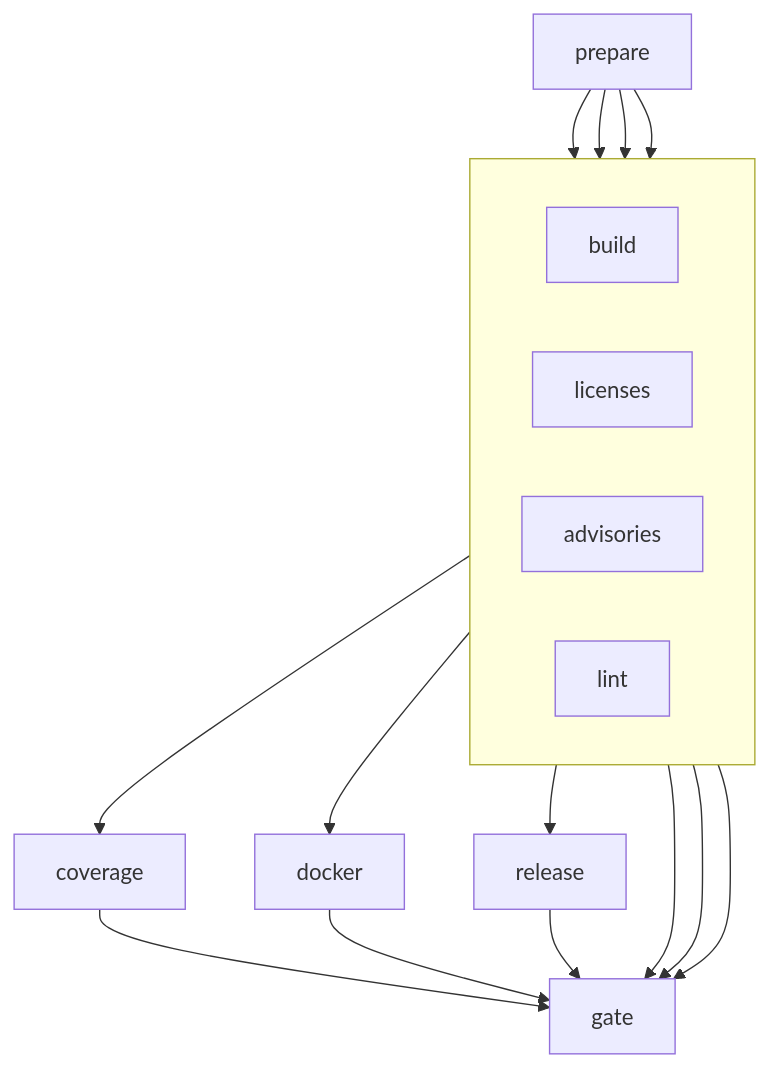
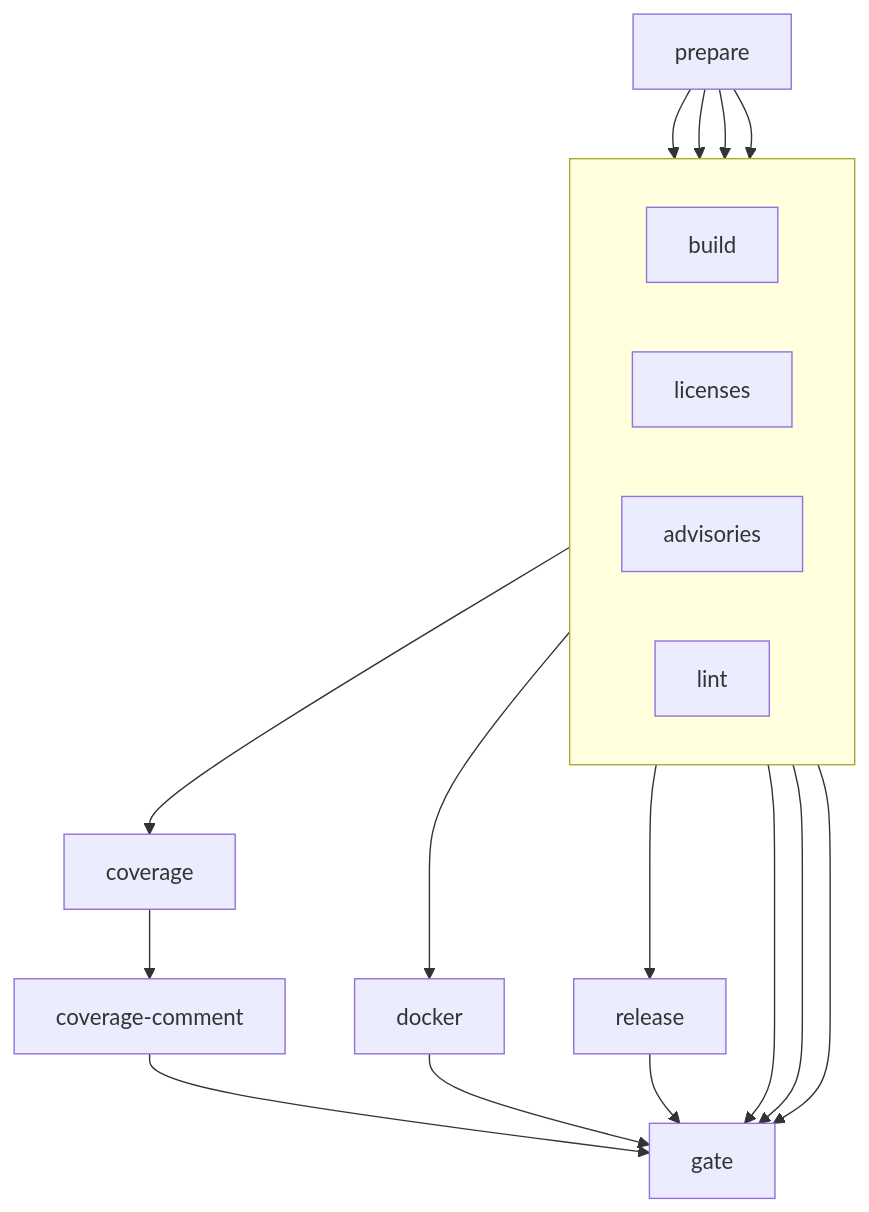
The diagram in docs/ci.md (eclipse-opensovd/opensovd-core), drawn with Mermaid before and after one commit. The commit also changed other lines of this file and 1 other file, not shown here.

First line of the commit message:
ci: post the coverage comments from a job of their own

````diff
--- a/docs/ci.md
+++ b/docs/ci.md
@@ -70,14 +72,15 @@
 ```mermaid
 flowchart TB
     prepare
     subgraph parallel[ ]
         direction LR
         build
         licenses
         advisories
         lint
     end
     prepare --> build & licenses & advisories & lint
     build --> coverage & docker & release
-    coverage & docker & release & licenses & advisories & lint --> gate
+    coverage --> comment[coverage-comment]
+    comment & docker & release & licenses & advisories & lint --> gate
 ```
````
